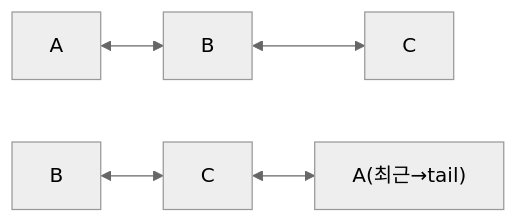
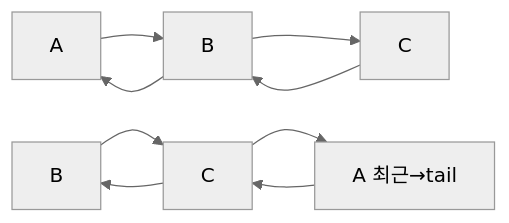
Diagram 13 of 21 in _posts/java/2026-05-01-java-collections.md (yjkim2015/yjkim2015.github.io), drawn with Mermaid (neutral theme) before and after one commit. The commit also changed other lines of this file and 38 other files, not shown here.

First line of the commit message:
Mermaid 파싱 에러 최종 수정 + 화살표 간격 확대

````diff
--- a/_posts/java/2026-05-01-java-collections.md
+++ b/_posts/java/2026-05-01-java-collections.md
@@ -519,5 +523,7 @@
 ```mermaid
 graph LR
-    A1["A"] <--> B1["B"] <--> C1["C"]
-    B2["B"] <--> C2["C"] <--> A2["A(최근→tail)"]
+    A1["A"] --> B1["B"] --> C1["C"]
+    C1 --> B1 --> A1
+    B2["B"] --> C2["C"] --> A2["A 최근→tail"]
+    A2 --> C2 --> B2
 ```
````
